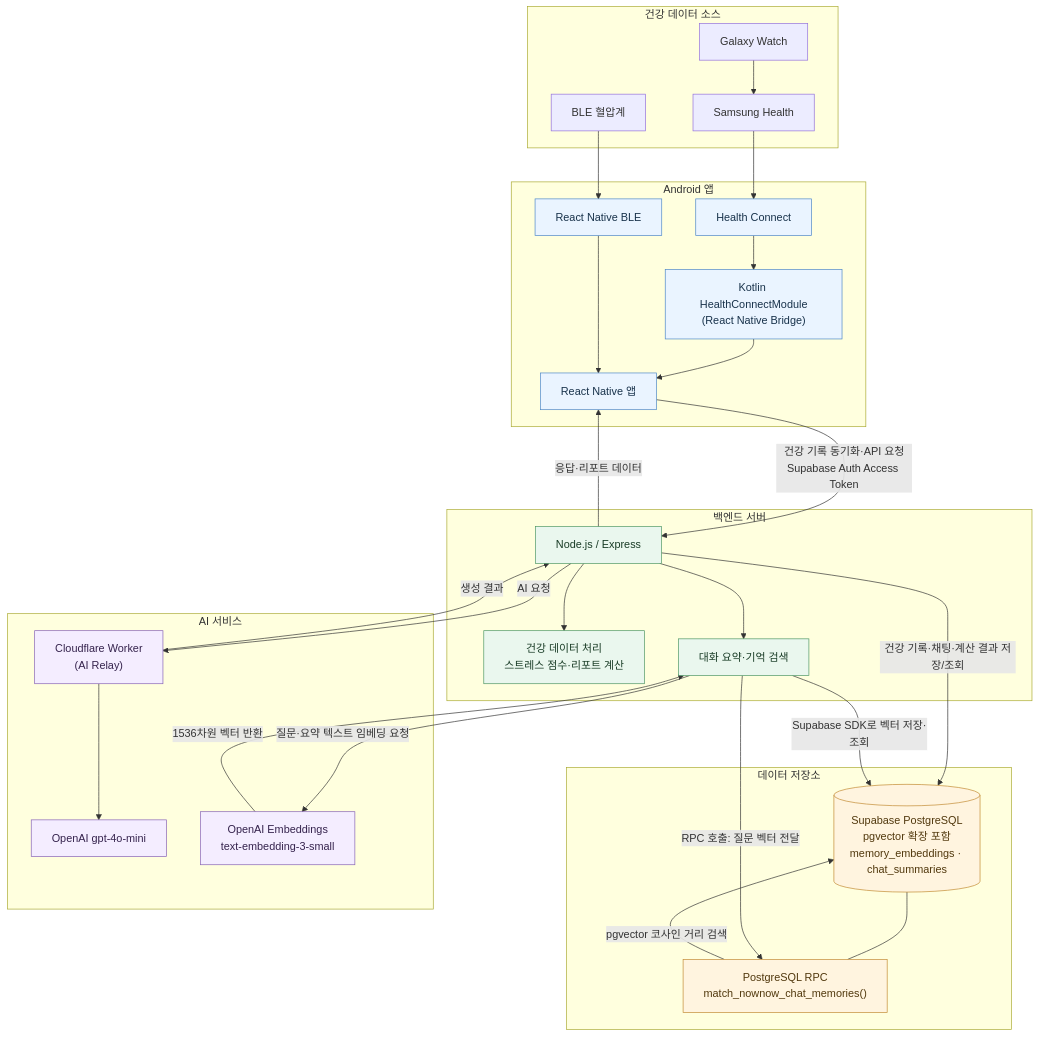
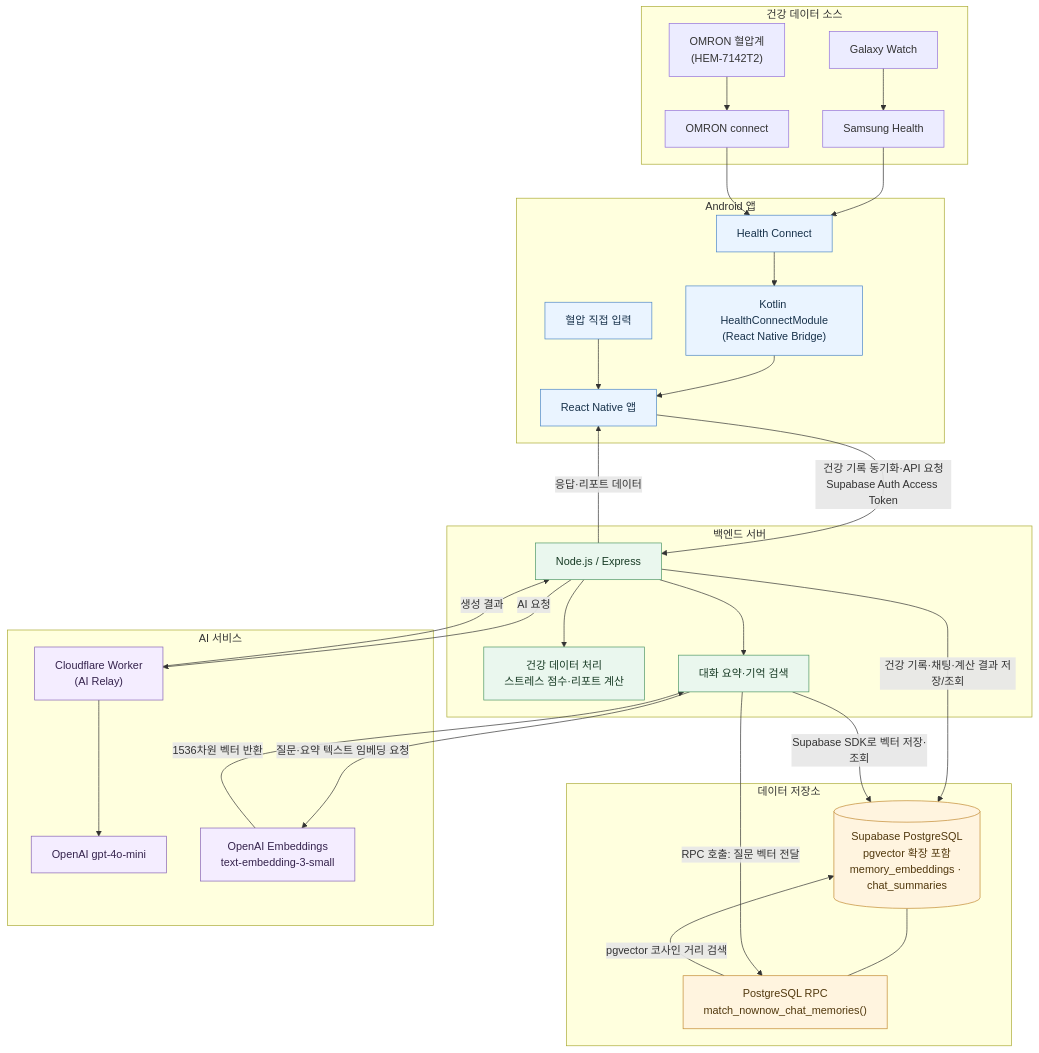
The first of 2 diagrams in README.md (poohgajoah/NowNow), drawn with Mermaid before and after one commit. The commit also changed other lines of this file, not shown here.

First line of the commit message:
docs: align README with presentation report (OMRON connect, dev AI, references)

````diff
--- a/README.md
+++ b/README.md
@@ -126,62 +130,64 @@
 ```mermaid
 flowchart TB
   subgraph SOURCE["건강 데이터 소스"]
     WATCH["Galaxy Watch"]
     SAMSUNG["Samsung Health"]
-    BP["BLE 혈압계"]
+    OMRON["OMRON 혈압계<br/>(HEM-7142T2)"]
+    OCONNECT["OMRON connect"]
     WATCH --> SAMSUNG
+    OMRON --> OCONNECT
   end
 
   subgraph MOBILE["Android 앱"]
     HC["Health Connect"]
     NATIVE["Kotlin HealthConnectModule<br/>(React Native Bridge)"]
-    BLE["React Native BLE"]
+    MANUAL["혈압 직접 입력"]
     APP["React Native 앱"]
     SAMSUNG --> HC
+    OCONNECT --> HC
     HC --> NATIVE
-    BP --> BLE
     NATIVE --> APP
-    BLE --> APP
+    MANUAL --> APP
   end
 
   subgraph BACKEND["백엔드 서버"]
     API["Node.js / Express"]
     STRESS["건강 데이터 처리<br/>스트레스 점수·리포트 계산"]
     MEMORY["대화 요약·기억 검색"]
     API --> STRESS
     API --> MEMORY
   end
 
   subgraph DATA["데이터 저장소"]
     DB[("Supabase PostgreSQL<br/>pgvector 확장 포함<br/>memory_embeddings · chat_summaries")]
     RPC["PostgreSQL RPC<br/>match_nownow_chat_memories()"]
     DB --- RPC
   end
 
   subgraph AI["AI 서비스"]
     WORKER["Cloudflare Worker<br/>(AI Relay)"]
     CHAT["OpenAI gpt-4o-mini"]
     EMBED["OpenAI Embeddings<br/>text-embedding-3-small"]
     WORKER --> CHAT
   end
 
   APP -->|"건강 기록 동기화·API 요청<br/>Supabase Auth Access Token"| API
   API -->|"건강 기록·채팅·계산 결과 저장/조회"| DB
   MEMORY -->|"질문·요약 텍스트 임베딩 요청"| EMBED
   EMBED -->|"1536차원 벡터 반환"| MEMORY
   MEMORY -->|"Supabase SDK로 벡터 저장·조회"| DB
   MEMORY -->|"RPC 호출: 질문 벡터 전달"| RPC
   RPC -->|"pgvector 코사인 거리 검색"| DB
   API -->|"AI 요청"| WORKER
   WORKER -->|"생성 결과"| API
   API -->|"응답·리포트 데이터"| APP
 
   classDef mobile fill:#eaf4ff,stroke:#4c86c6,color:#18324b
   classDef backend fill:#eaf7ee,stroke:#4d9664,color:#183b25
   classDef data fill:#fff4df,stroke:#c28a32,color:#51380d
   classDef ai fill:#f4edff,stroke:#8662b5,color:#35234d
-  class HC,NATIVE,BLE,APP mobile
+  class HC,NATIVE,MANUAL,APP mobile
   class API,STRESS,MEMORY backend
   class DB,RPC data
   class WORKER,CHAT,EMBED ai
 ```
````
